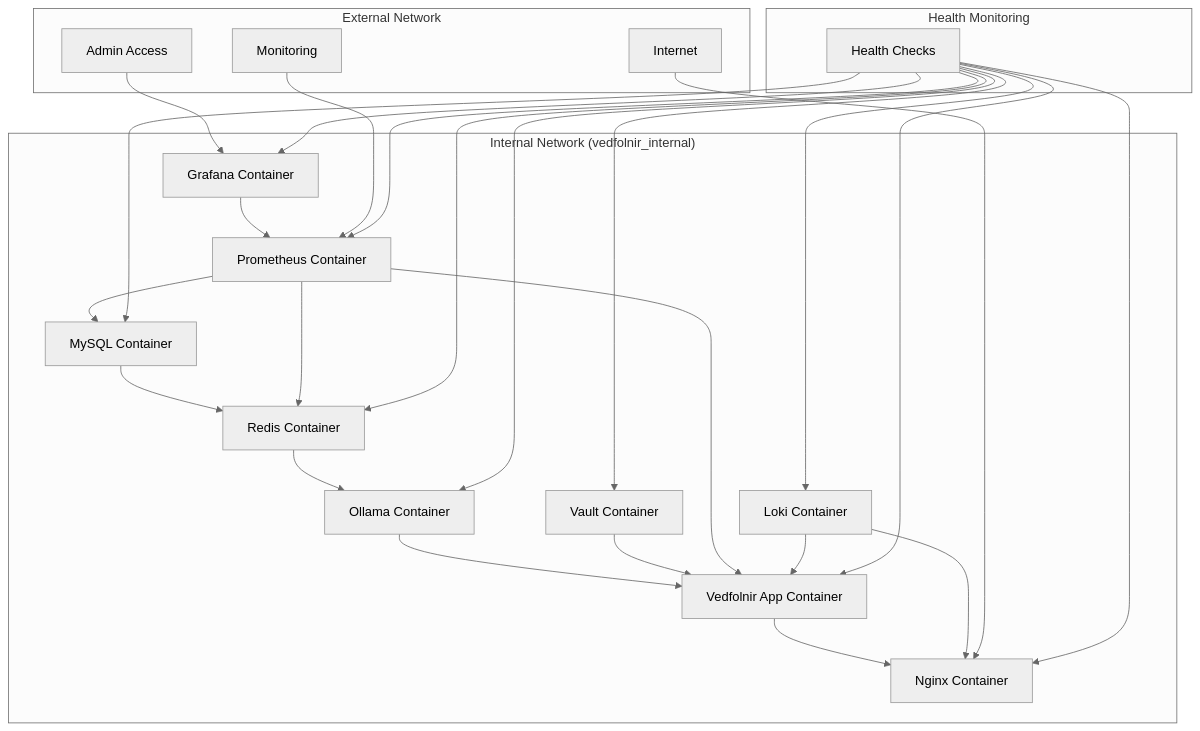
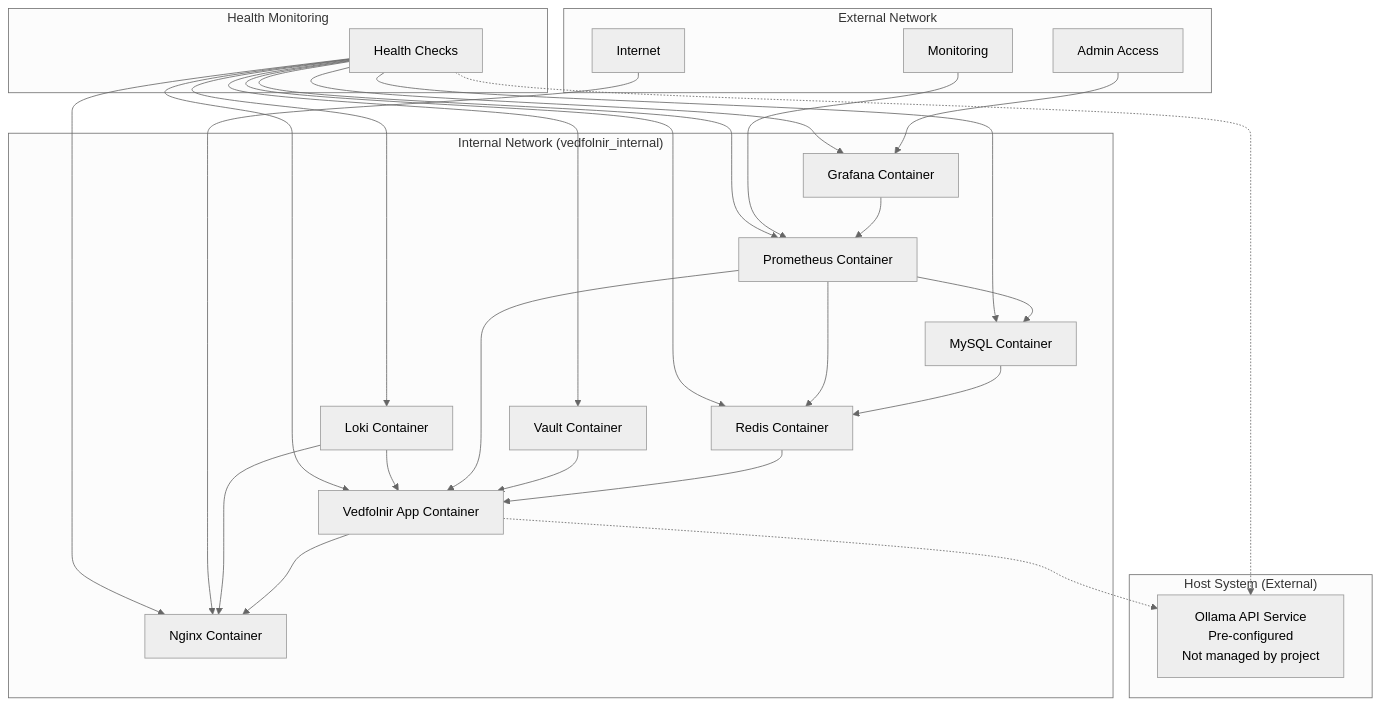
Before and after one commit to iolaire/Vedfolnir-AI-Powered-Accessibility-for-the-Fediverse: the second of 2 diagrams in .kiro/specs/docker-compose-migration/design.md, drawn with Mermaid (neutral theme). The commit also changed other lines of this file and 219 other files, not shown here.

````diff
--- a/.kiro/specs/docker-compose-migration/design.md
+++ b/.kiro/specs/docker-compose-migration/design.md
@@ -82,35 +82,40 @@
 ```mermaid
 graph TD
     subgraph "Internal Network (vedfolnir_internal)"
         A[MySQL Container] --> B[Redis Container]
-        B --> C[Ollama Container]
-        C --> D[Vedfolnir App Container]
+        B --> D[Vedfolnir App Container]
         D --> E[Nginx Container]
         
         F[Vault Container] --> D
         G[Prometheus Container] --> D
         G --> A
         G --> B
         H[Loki Container] --> D
         H --> E
         I[Grafana Container] --> G
     end
     
     subgraph "External Network"
         J[Internet] --> E
         K[Admin Access] --> I
         L[Monitoring] --> G
     end
     
+    subgraph "Host System (External)"
+        O[Ollama API Service<br/>Pre-configured<br/>Not managed by project]
+    end
+    
+    D -.-> O
+    
     subgraph "Health Monitoring"
         M[Health Checks] --> A
         M --> B
-        M --> C
         M --> D
         M --> E
         M --> F
         M --> G
         M --> H
         M --> I
+        M -.-> O
     end
 ```
````
